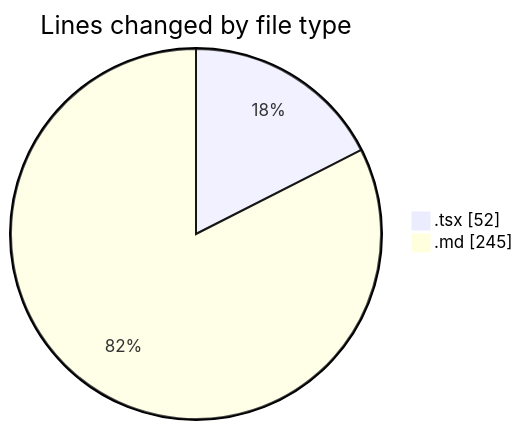
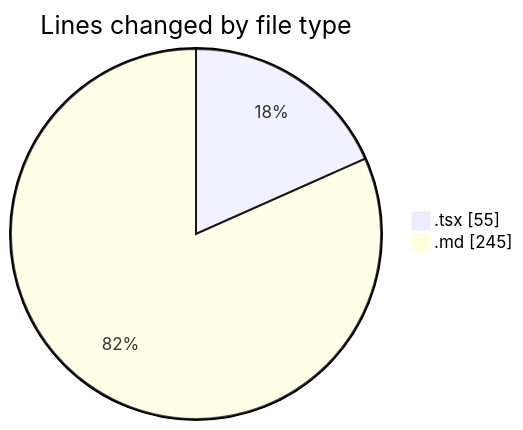
One commit to momahboobian/code-tracking changed the first of 2 diagrams in 2025-12-12/cda/README.md. Above: the diagram before and after it, drawn with Mermaid. The commit also changed other lines of this file and 1 other file, not shown here.

````diff
--- a/2025-12-12/cda/README.md
+++ b/2025-12-12/cda/README.md
@@ -21,6 +21,6 @@
 ```mermaid
 pie showData
 title Lines changed by file type
-".tsx" : 52
+".tsx" : 55
 ".md" : 245
 ```
````
